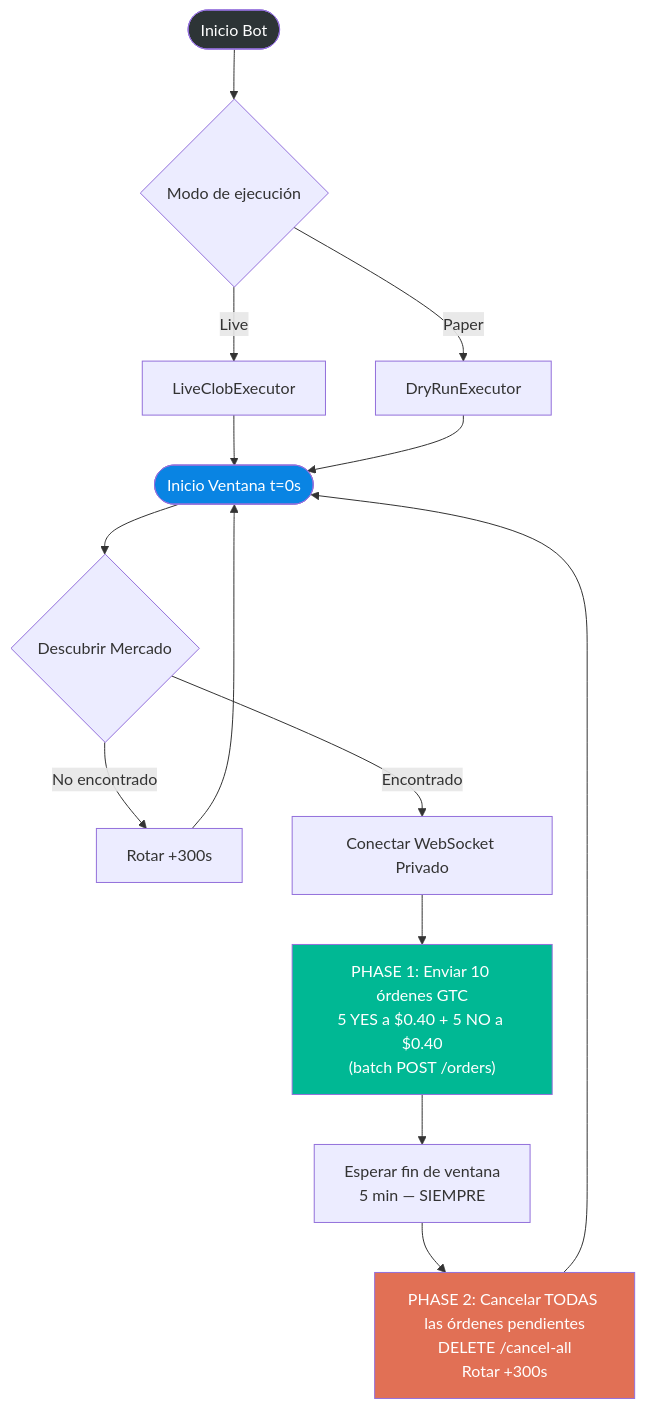
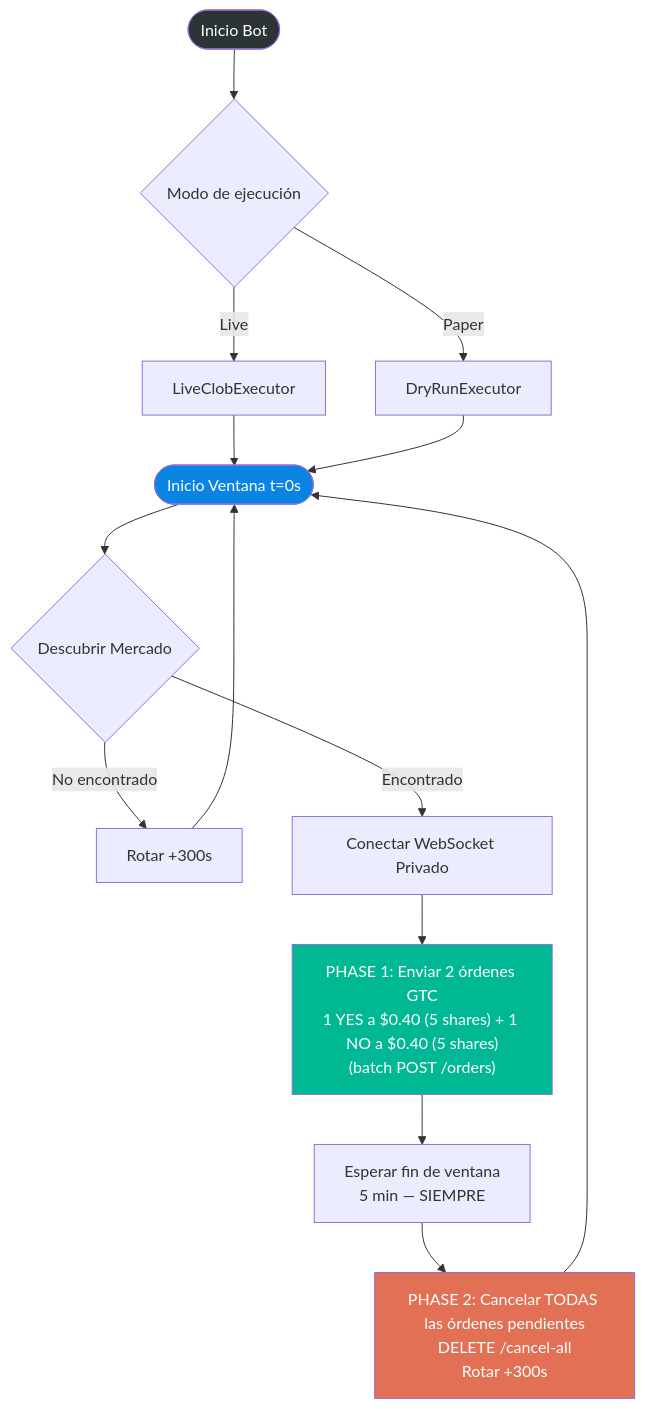
Before and after one commit to carlosFTP999/poly-bot-4040: the first of 3 diagrams in Plan-inicial.md, drawn with Mermaid. The commit also changed other lines of this file and 23 other files, not shown here.

````diff
--- a/Plan-inicial.md
+++ b/Plan-inicial.md
@@ -207,30 +207,30 @@
 ```mermaid
 flowchart TD
     Start([Inicio Bot]) --> SelectMode{Modo de ejecución}
     
     SelectMode -- Live --> Live[LiveClobExecutor]
     SelectMode -- Paper --> DryRun[DryRunExecutor]
     
     Live --> WindowStart
     DryRun --> WindowStart
     
     WindowStart([Inicio Ventana t=0s]) --> Discover{Descubrir Mercado}
     
     Discover -- "No encontrado" --> Rotate[Rotar +300s]
     Rotate --> WindowStart
     
     Discover -- Encontrado --> ConnectWS[Conectar WebSocket Privado]
     
-    ConnectWS --> Phase1["PHASE 1: Enviar 10 órdenes GTC\n5 YES a $0.40 + 5 NO a $0.40\n(batch POST /orders)"]
+    ConnectWS --> Phase1["PHASE 1: Enviar 2 órdenes GTC\n1 YES a $0.40 (5 shares) + 1 NO a $0.40 (5 shares)\n(batch POST /orders)"]
     
     Phase1 --> WaitForExpiry[Esperar fin de ventana\n5 min — SIEMPRE]
     
     WaitForExpiry --> Phase2["PHASE 2: Cancelar TODAS las órdenes pendientes\nDELETE /cancel-all\nRotar +300s"]
     
     Phase2 --> WindowStart
     
     style Start fill:#2d3436,color:#fff
     style WindowStart fill:#0984e3,color:#fff
     style Phase1 fill:#00b894,color:#fff
     style Phase2 fill:#e17055,color:#fff
 ```
````
